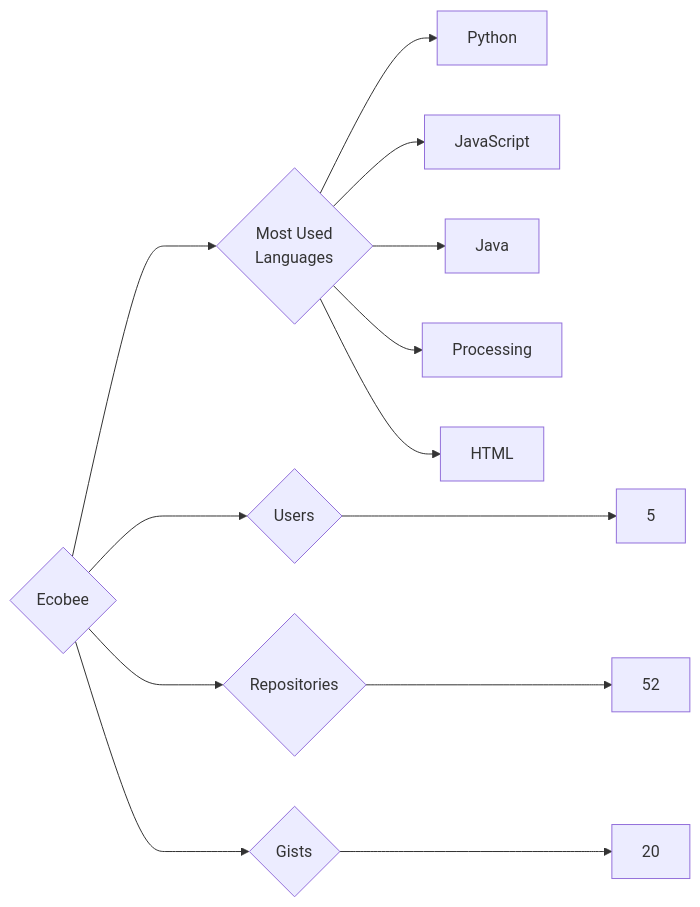
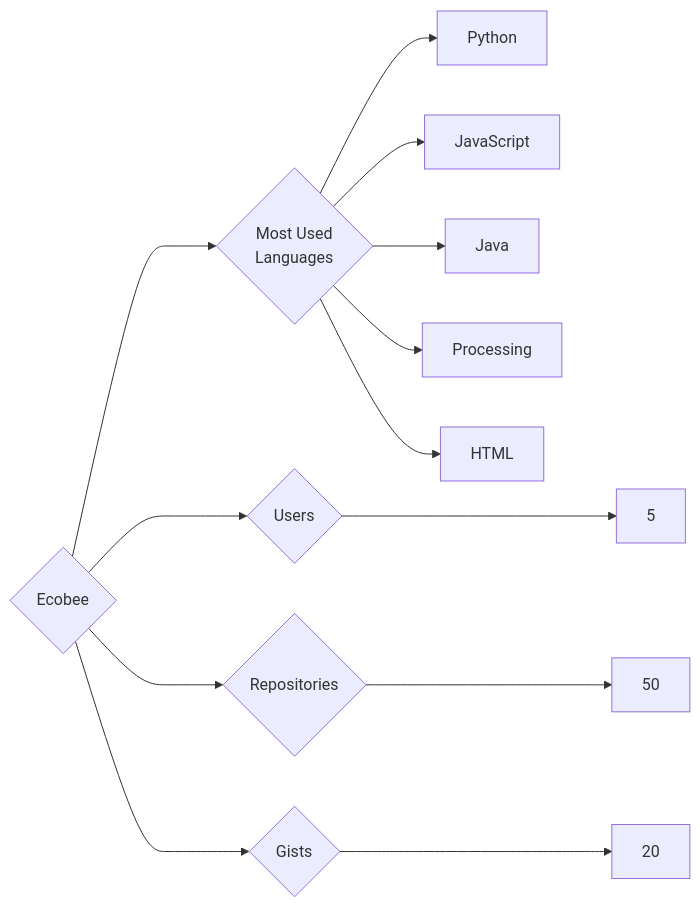
Before and after one commit to trickest/insiders: the diagram in targets/Ecobee/README.md, drawn with Mermaid. The commit also changed 776 other files, not shown here.

````diff
--- a/targets/Ecobee/README.md
+++ b/targets/Ecobee/README.md
@@ -3,13 +3,13 @@
 ```mermaid
 graph LR
 COMPANY_NAME{Ecobee}
 COMPANY_NAME ---> U{Users} ---> UN[5]
-COMPANY_NAME ---> R{Repositories} ---> RN[52]
+COMPANY_NAME ---> R{Repositories} ---> RN[50]
 COMPANY_NAME ---> G{Gists} ---> GN[20]
 COMPANY_NAME ---> ML{Most Used<br>Languages}
 ML --> Python[Python]
 ML --> JavaScript[JavaScript]
 ML --> Java[Java]
 ML --> Processing[Processing]
 ML --> HTML[HTML]
 ```
````
